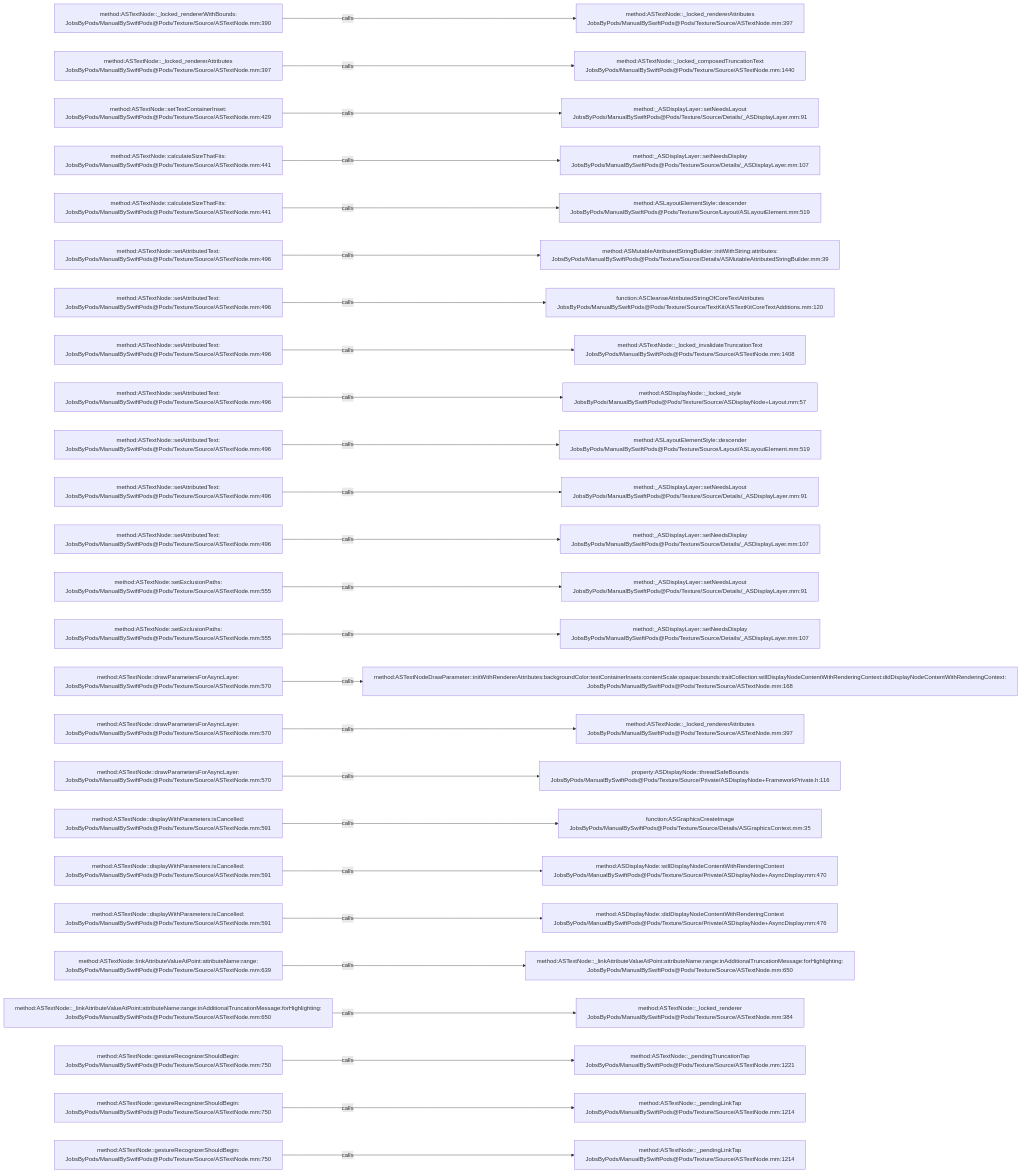
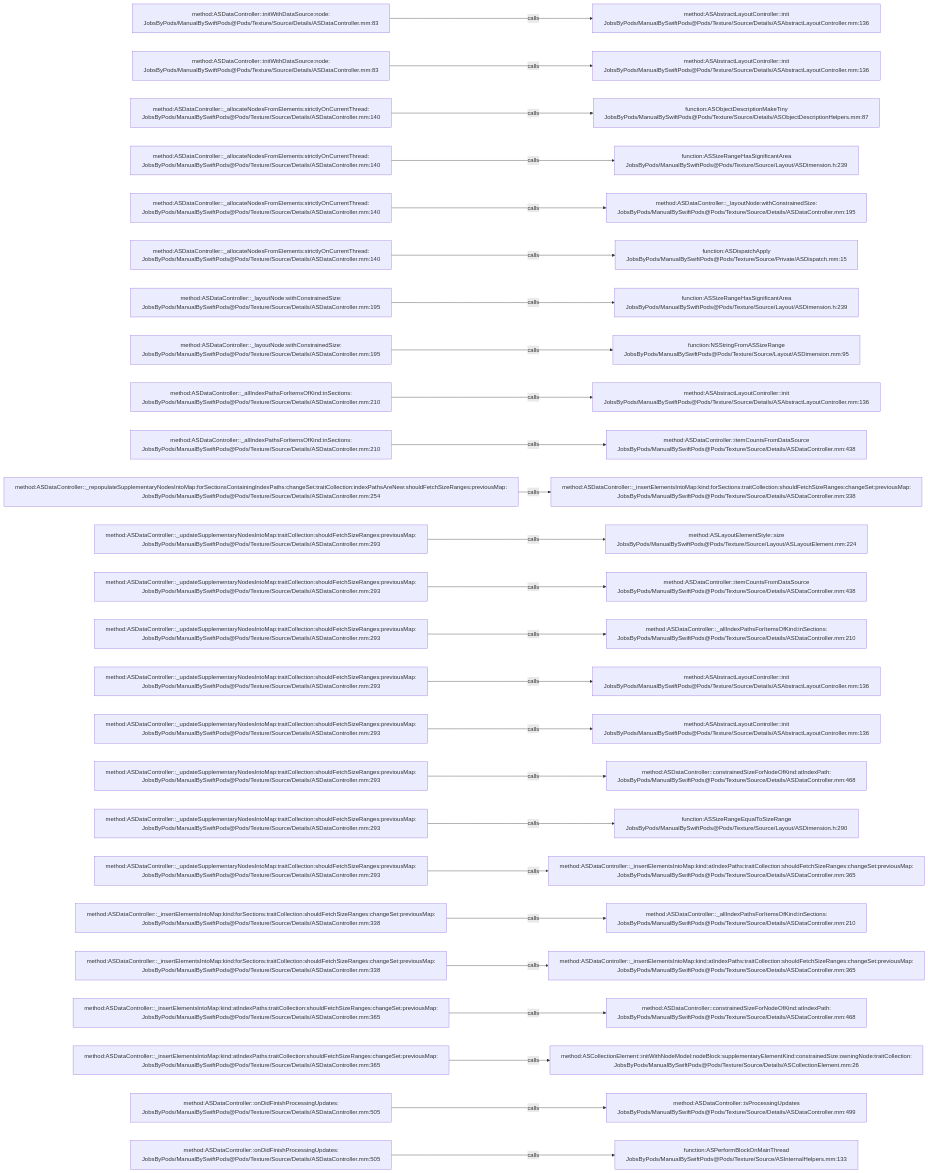
One commit to JobsKits/JobsSwiftBaseConfigDemo changed the diagram in .codegraph/codegraph.md/graphs/calls-085.md. Above: the diagram before and after it, drawn with Mermaid. The commit also changed 832 other files, not shown here.

````diff
--- a/.codegraph/codegraph.md/graphs/calls-085.md
+++ b/.codegraph/codegraph.md/graphs/calls-085.md
@@ -13,78 +13,78 @@
 ```mermaid
 flowchart LR
-  S1["method:ASTextNode::_locked_rendererWithBounds:<br/>JobsByPods/ManualBySwiftPods@Pods/Texture/Source/ASTextNode.mm:390"]
-  T1["method:ASTextNode::_locked_rendererAttributes<br/>JobsByPods/ManualBySwiftPods@Pods/Texture/Source/ASTextNode.mm:397"]
+  S1["method:ASDataController::initWithDataSource:node:<br/>JobsByPods/ManualBySwiftPods@Pods/Texture/Source/Details/ASDataController.mm:83"]
+  T1["method:ASAbstractLayoutController::init<br/>JobsByPods/ManualBySwiftPods@Pods/Texture/Source/Details/ASAbstractLayoutController.mm:136"]
   S1 -->|calls| T1
-  S2["method:ASTextNode::_locked_rendererAttributes<br/>JobsByPods/ManualBySwiftPods@Pods/Texture/Source/ASTextNode.mm:397"]
-  T2["method:ASTextNode::_locked_composedTruncationText<br/>JobsByPods/ManualBySwiftPods@Pods/Texture/Source/ASTextNode.mm:1440"]
+  S2["method:ASDataController::initWithDataSource:node:<br/>JobsByPods/ManualBySwiftPods@Pods/Texture/Source/Details/ASDataController.mm:83"]
+  T2["method:ASAbstractLayoutController::init<br/>JobsByPods/ManualBySwiftPods@Pods/Texture/Source/Details/ASAbstractLayoutController.mm:136"]
   S2 -->|calls| T2
-  S3["method:ASTextNode::setTextContainerInset:<br/>JobsByPods/ManualBySwiftPods@Pods/Texture/Source/ASTextNode.mm:429"]
-  T3["method:_ASDisplayLayer::setNeedsLayout<br/>JobsByPods/ManualBySwiftPods@Pods/Texture/Source/Details/_ASDisplayLayer.mm:91"]
+  S3["method:ASDataController::_allocateNodesFromElements:strictlyOnCurrentThread:<br/>JobsByPods/ManualBySwiftPods@Pods/Texture/Source/Details/ASDataController.mm:140"]
+  T3["function:ASObjectDescriptionMakeTiny<br/>JobsByPods/ManualBySwiftPods@Pods/Texture/Source/Details/ASObjectDescriptionHelpers.mm:87"]
   S3 -->|calls| T3
-  S4["method:ASTextNode::calculateSizeThatFits:<br/>JobsByPods/ManualBySwiftPods@Pods/Texture/Source/ASTextNode.mm:441"]
-  T4["method:_ASDisplayLayer::setNeedsDisplay<br/>JobsByPods/ManualBySwiftPods@Pods/Texture/Source/Details/_ASDisplayLayer.mm:107"]
+  S4["method:ASDataController::_allocateNodesFromElements:strictlyOnCurrentThread:<br/>JobsByPods/ManualBySwiftPods@Pods/Texture/Source/Details/ASDataController.mm:140"]
+  T4["function:ASSizeRangeHasSignificantArea<br/>JobsByPods/ManualBySwiftPods@Pods/Texture/Source/Layout/ASDimension.h:239"]
   S4 -->|calls| T4
-  S5["method:ASTextNode::calculateSizeThatFits:<br/>JobsByPods/ManualBySwiftPods@Pods/Texture/Source/ASTextNode.mm:441"]
-  T5["method:ASLayoutElementStyle::descender<br/>JobsByPods/ManualBySwiftPods@Pods/Texture/Source/Layout/ASLayoutElement.mm:519"]
+  S5["method:ASDataController::_allocateNodesFromElements:strictlyOnCurrentThread:<br/>JobsByPods/ManualBySwiftPods@Pods/Texture/Source/Details/ASDataController.mm:140"]
+  T5["method:ASDataController::_layoutNode:withConstrainedSize:<br/>JobsByPods/ManualBySwiftPods@Pods/Texture/Source/Details/ASDataController.mm:195"]
   S5 -->|calls| T5
-  S6["method:ASTextNode::setAttributedText:<br/>JobsByPods/ManualBySwiftPods@Pods/Texture/Source/ASTextNode.mm:496"]
-  T6["method:ASMutableAttributedStringBuilder::initWithString:attributes:<br/>JobsByPods/ManualBySwiftPods@Pods/Texture/Source/Details/ASMutableAttributedStringBuilder.mm:39"]
+  S6["method:ASDataController::_allocateNodesFromElements:strictlyOnCurrentThread:<br/>JobsByPods/ManualBySwiftPods@Pods/Texture/Source/Details/ASDataController.mm:140"]
+  T6["function:ASDispatchApply<br/>JobsByPods/ManualBySwiftPods@Pods/Texture/Source/Private/ASDispatch.mm:15"]
   S6 -->|calls| T6
-  S7["method:ASTextNode::setAttributedText:<br/>JobsByPods/ManualBySwiftPods@Pods/Texture/Source/ASTextNode.mm:496"]
-  T7["function:ASCleanseAttributedStringOfCoreTextAttributes<br/>JobsByPods/ManualBySwiftPods@Pods/Texture/Source/TextKit/ASTextKitCoreTextAdditions.mm:120"]
+  S7["method:ASDataController::_layoutNode:withConstrainedSize:<br/>JobsByPods/ManualBySwiftPods@Pods/Texture/Source/Details/ASDataController.mm:195"]
+  T7["function:ASSizeRangeHasSignificantArea<br/>JobsByPods/ManualBySwiftPods@Pods/Texture/Source/Layout/ASDimension.h:239"]
   S7 -->|calls| T7
-  S8["method:ASTextNode::setAttributedText:<br/>JobsByPods/ManualBySwiftPods@Pods/Texture/Source/ASTextNode.mm:496"]
-  T8["method:ASTextNode::_locked_invalidateTruncationText<br/>JobsByPods/ManualBySwiftPods@Pods/Texture/Source/ASTextNode.mm:1408"]
+  S8["method:ASDataController::_layoutNode:withConstrainedSize:<br/>JobsByPods/ManualBySwiftPods@Pods/Texture/Source/Details/ASDataController.mm:195"]
+  T8["function:NSStringFromASSizeRange<br/>JobsByPods/ManualBySwiftPods@Pods/Texture/Source/Layout/ASDimension.mm:95"]
   S8 -->|calls| T8
-  S9["method:ASTextNode::setAttributedText:<br/>JobsByPods/ManualBySwiftPods@Pods/Texture/Source/ASTextNode.mm:496"]
-  T9["method:ASDisplayNode::_locked_style<br/>JobsByPods/ManualBySwiftPods@Pods/Texture/Source/ASDisplayNode+Layout.mm:57"]
+  S9["method:ASDataController::_allIndexPathsForItemsOfKind:inSections:<br/>JobsByPods/ManualBySwiftPods@Pods/Texture/Source/Details/ASDataController.mm:210"]
+  T9["method:ASAbstractLayoutController::init<br/>JobsByPods/ManualBySwiftPods@Pods/Texture/Source/Details/ASAbstractLayoutController.mm:136"]
   S9 -->|calls| T9
-  S10["method:ASTextNode::setAttributedText:<br/>JobsByPods/ManualBySwiftPods@Pods/Texture/Source/ASTextNode.mm:496"]
-  T10["method:ASLayoutElementStyle::descender<br/>JobsByPods/ManualBySwiftPods@Pods/Texture/Source/Layout/ASLayoutElement.mm:519"]
+  S10["method:ASDataController::_allIndexPathsForItemsOfKind:inSections:<br/>JobsByPods/ManualBySwiftPods@Pods/Texture/Source/Details/ASDataController.mm:210"]
+  T10["method:ASDataController::itemCountsFromDataSource<br/>JobsByPods/ManualBySwiftPods@Pods/Texture/Source/Details/ASDataController.mm:438"]
   S10 -->|calls| T10
-  S11["method:ASTextNode::setAttributedText:<br/>JobsByPods/ManualBySwiftPods@Pods/Texture/Source/ASTextNode.mm:496"]
-  T11["method:_ASDisplayLayer::setNeedsLayout<br/>JobsByPods/ManualBySwiftPods@Pods/Texture/Source/Details/_ASDisplayLayer.mm:91"]
+  S11["method:ASDataController::_repopulateSupplementaryNodesIntoMap:forSectionsContainingIndexPaths:changeSet:traitCollection:indexPathsAreNew:shouldFetchSizeRanges:previousMap:<br/>JobsByPods/ManualBySwiftPods@Pods/Texture/Source/Details/ASDataController.mm:254"]
+  T11["method:ASDataController::_insertElementsIntoMap:kind:forSections:traitCollection:shouldFetchSizeRanges:changeSet:previousMap:<br/>JobsByPods/ManualBySwiftPods@Pods/Texture/Source/Details/ASDataController.mm:338"]
   S11 -->|calls| T11
-  S12["method:ASTextNode::setAttributedText:<br/>JobsByPods/ManualBySwiftPods@Pods/Texture/Source/ASTextNode.mm:496"]
-  T12["method:_ASDisplayLayer::setNeedsDisplay<br/>JobsByPods/ManualBySwiftPods@Pods/Texture/Source/Details/_ASDisplayLayer.mm:107"]
+  S12["method:ASDataController::_updateSupplementaryNodesIntoMap:traitCollection:shouldFetchSizeRanges:previousMap:<br/>JobsByPods/ManualBySwiftPods@Pods/Texture/Source/Details/ASDataController.mm:293"]
+  T12["method:ASLayoutElementStyle::size<br/>JobsByPods/ManualBySwiftPods@Pods/Texture/Source/Layout/ASLayoutElement.mm:224"]
   S12 -->|calls| T12
-  S13["method:ASTextNode::setExclusionPaths:<br/>JobsByPods/ManualBySwiftPods@Pods/Texture/Source/ASTextNode.mm:555"]
-  T13["method:_ASDisplayLayer::setNeedsLayout<br/>JobsByPods/ManualBySwiftPods@Pods/Texture/Source/Details/_ASDisplayLayer.mm:91"]
+  S13["method:ASDataController::_updateSupplementaryNodesIntoMap:traitCollection:shouldFetchSizeRanges:previousMap:<br/>JobsByPods/ManualBySwiftPods@Pods/Texture/Source/Details/ASDataController.mm:293"]
+  T13["method:ASDataController::itemCountsFromDataSource<br/>JobsByPods/ManualBySwiftPods@Pods/Texture/Source/Details/ASDataController.mm:438"]
   S13 -->|calls| T13
-  S14["method:ASTextNode::setExclusionPaths:<br/>JobsByPods/ManualBySwiftPods@Pods/Texture/Source/ASTextNode.mm:555"]
-  T14["method:_ASDisplayLayer::setNeedsDisplay<br/>JobsByPods/ManualBySwiftPods@Pods/Texture/Source/Details/_ASDisplayLayer.mm:107"]
+  S14["method:ASDataController::_updateSupplementaryNodesIntoMap:traitCollection:shouldFetchSizeRanges:previousMap:<br/>JobsByPods/ManualBySwiftPods@Pods/Texture/Source/Details/ASDataController.mm:293"]
+  T14["method:ASDataController::_allIndexPathsForItemsOfKind:inSections:<br/>JobsByPods/ManualBySwiftPods@Pods/Texture/Source/Details/ASDataController.mm:210"]
   S14 -->|calls| T14
-  S15["method:ASTextNode::drawParametersForAsyncLayer:<br/>JobsByPods/ManualBySwiftPods@Pods/Texture/Source/ASTextNode.mm:570"]
-  T15["method:ASTextNodeDrawParameter::initWithRendererAttributes:backgroundColor:textContainerInsets:contentScale:opaque:bounds:traitCollection:willDisplayNodeContentWithRenderingContext:didDisplayNodeContentWithRenderingContext:<br/>JobsByPods/ManualBySwiftPods@Pods/Texture/Source/ASTextNode.mm:168"]
+  S15["method:ASDataController::_updateSupplementaryNodesIntoMap:traitCollection:shouldFetchSizeRanges:previousMap:<br/>JobsByPods/ManualBySwiftPods@Pods/Texture/Source/Details/ASDataController.mm:293"]
+  T15["method:ASAbstractLayoutController::init<br/>JobsByPods/ManualBySwiftPods@Pods/Texture/Source/Details/ASAbstractLayoutController.mm:136"]
   S15 -->|calls| T15
-  S16["method:ASTextNode::drawParametersForAsyncLayer:<br/>JobsByPods/ManualBySwiftPods@Pods/Texture/Source/ASTextNode.mm:570"]
-  T16["method:ASTextNode::_locked_rendererAttributes<br/>JobsByPods/ManualBySwiftPods@Pods/Texture/Source/ASTextNode.mm:397"]
+  S16["method:ASDataController::_updateSupplementaryNodesIntoMap:traitCollection:shouldFetchSizeRanges:previousMap:<br/>JobsByPods/ManualBySwiftPods@Pods/Texture/Source/Details/ASDataController.mm:293"]
+  T16["method:ASAbstractLayoutController::init<br/>JobsByPods/ManualBySwiftPods@Pods/Texture/Source/Details/ASAbstractLayoutController.mm:136"]
   S16 -->|calls| T16
-  S17["method:ASTextNode::drawParametersForAsyncLayer:<br/>JobsByPods/ManualBySwiftPods@Pods/Texture/Source/ASTextNode.mm:570"]
-  T17["property:ASDisplayNode::threadSafeBounds<br/>JobsByPods/ManualBySwiftPods@Pods/Texture/Source/Private/ASDisplayNode+FrameworkPrivate.h:116"]
+  S17["method:ASDataController::_updateSupplementaryNodesIntoMap:traitCollection:shouldFetchSizeRanges:previousMap:<br/>JobsByPods/ManualBySwiftPods@Pods/Texture/Source/Details/ASDataController.mm:293"]
+  T17["method:ASDataController::constrainedSizeForNodeOfKind:atIndexPath:<br/>JobsByPods/ManualBySwiftPods@Pods/Texture/Source/Details/ASDataController.mm:468"]
   S17 -->|calls| T17
-  S18["method:ASTextNode::displayWithParameters:isCancelled:<br/>JobsByPods/ManualBySwiftPods@Pods/Texture/Source/ASTextNode.mm:591"]
-  T18["function:ASGraphicsCreateImage<br/>JobsByPods/ManualBySwiftPods@Pods/Texture/Source/Details/ASGraphicsContext.mm:35"]
+  S18["method:ASDataController::_updateSupplementaryNodesIntoMap:traitCollection:shouldFetchSizeRanges:previousMap:<br/>JobsByPods/ManualBySwiftPods@Pods/Texture/Source/Details/ASDataController.mm:293"]
+  T18["function:ASSizeRangeEqualToSizeRange<br/>JobsByPods/ManualBySwiftPods@Pods/Texture/Source/Layout/ASDimension.h:290"]
   S18 -->|calls| T18
-  S19["method:ASTextNode::displayWithParameters:isCancelled:<br/>JobsByPods/ManualBySwiftPods@Pods/Texture/Source/ASTextNode.mm:591"]
-  T19["method:ASDisplayNode::willDisplayNodeContentWithRenderingContext<br/>JobsByPods/ManualBySwiftPods@Pods/Texture/Source/Private/ASDisplayNode+AsyncDisplay.mm:470"]
+  S19["method:ASDataController::_updateSupplementaryNodesIntoMap:traitCollection:shouldFetchSizeRanges:previousMap:<br/>JobsByPods/ManualBySwiftPods@Pods/Texture/Source/Details/ASDataController.mm:293"]
+  T19["method:ASDataController::_insertElementsIntoMap:kind:atIndexPaths:traitCollection:shouldFetchSizeRanges:changeSet:previousMap:<br/>JobsByPods/ManualBySwiftPods@Pods/Texture/Source/Details/ASDataController.mm:365"]
   S19 -->|calls| T19
-  S20["method:ASTextNode::displayWithParameters:isCancelled:<br/>JobsByPods/ManualBySwiftPods@Pods/Texture/Source/ASTextNode.mm:591"]
-  T20["method:ASDisplayNode::didDisplayNodeContentWithRenderingContext<br/>JobsByPods/ManualBySwiftPods@Pods/Texture/Source/Private/ASDisplayNode+AsyncDisplay.mm:476"]
+  S20["method:ASDataController::_insertElementsIntoMap:kind:forSections:traitCollection:shouldFetchSizeRanges:changeSet:previousMap:<br/>JobsByPods/ManualBySwiftPods@Pods/Texture/Source/Details/ASDataController.mm:338"]
+  T20["method:ASDataController::_allIndexPathsForItemsOfKind:inSections:<br/>JobsByPods/ManualBySwiftPods@Pods/Texture/Source/Details/ASDataController.mm:210"]
   S20 -->|calls| T20
-  S21["method:ASTextNode::linkAttributeValueAtPoint:attributeName:range:<br/>JobsByPods/ManualBySwiftPods@Pods/Texture/Source/ASTextNode.mm:639"]
-  T21["method:ASTextNode::_linkAttributeValueAtPoint:attributeName:range:inAdditionalTruncationMessage:forHighlighting:<br/>JobsByPods/ManualBySwiftPods@Pods/Texture/Source/ASTextNode.mm:650"]
+  S21["method:ASDataController::_insertElementsIntoMap:kind:forSections:traitCollection:shouldFetchSizeRanges:changeSet:previousMap:<br/>JobsByPods/ManualBySwiftPods@Pods/Texture/Source/Details/ASDataController.mm:338"]
+  T21["method:ASDataController::_insertElementsIntoMap:kind:atIndexPaths:traitCollection:shouldFetchSizeRanges:changeSet:previousMap:<br/>JobsByPods/ManualBySwiftPods@Pods/Texture/Source/Details/ASDataController.mm:365"]
   S21 -->|calls| T21
-  S22["method:ASTextNode::_linkAttributeValueAtPoint:attributeName:range:inAdditionalTruncationMessage:forHighlighting:<br/>JobsByPods/ManualBySwiftPods@Pods/Texture/Source/ASTextNode.mm:650"]
-  T22["method:ASTextNode::_locked_renderer<br/>JobsByPods/ManualBySwiftPods@Pods/Texture/Source/ASTextNode.mm:384"]
+  S22["method:ASDataController::_insertElementsIntoMap:kind:atIndexPaths:traitCollection:shouldFetchSizeRanges:changeSet:previousMap:<br/>JobsByPods/ManualBySwiftPods@Pods/Texture/Source/Details/ASDataController.mm:365"]
+  T22["method:ASDataController::constrainedSizeForNodeOfKind:atIndexPath:<br/>JobsByPods/ManualBySwiftPods@Pods/Texture/Source/Details/ASDataController.mm:468"]
   S22 -->|calls| T22
-  S23["method:ASTextNode::gestureRecognizerShouldBegin:<br/>JobsByPods/ManualBySwiftPods@Pods/Texture/Source/ASTextNode.mm:750"]
-  T23["method:ASTextNode::_pendingTruncationTap<br/>JobsByPods/ManualBySwiftPods@Pods/Texture/Source/ASTextNode.mm:1221"]
+  S23["method:ASDataController::_insertElementsIntoMap:kind:atIndexPaths:traitCollection:shouldFetchSizeRanges:changeSet:previousMap:<br/>JobsByPods/ManualBySwiftPods@Pods/Texture/Source/Details/ASDataController.mm:365"]
+  T23["method:ASCollectionElement::initWithNodeModel:nodeBlock:supplementaryElementKind:constrainedSize:owningNode:traitCollection:<br/>JobsByPods/ManualBySwiftPods@Pods/Texture/Source/Details/ASCollectionElement.mm:26"]
   S23 -->|calls| T23
-  S24["method:ASTextNode::gestureRecognizerShouldBegin:<br/>JobsByPods/ManualBySwiftPods@Pods/Texture/Source/ASTextNode.mm:750"]
-  T24["method:ASTextNode::_pendingLinkTap<br/>JobsByPods/ManualBySwiftPods@Pods/Texture/Source/ASTextNode.mm:1214"]
+  S24["method:ASDataController::onDidFinishProcessingUpdates:<br/>JobsByPods/ManualBySwiftPods@Pods/Texture/Source/Details/ASDataController.mm:505"]
+  T24["method:ASDataController::isProcessingUpdates<br/>JobsByPods/ManualBySwiftPods@Pods/Texture/Source/Details/ASDataController.mm:499"]
   S24 -->|calls| T24
-  S25["method:ASTextNode::gestureRecognizerShouldBegin:<br/>JobsByPods/ManualBySwiftPods@Pods/Texture/Source/ASTextNode.mm:750"]
-  T25["method:ASTextNode::_pendingLinkTap<br/>JobsByPods/ManualBySwiftPods@Pods/Texture/Source/ASTextNode.mm:1214"]
+  S25["method:ASDataController::onDidFinishProcessingUpdates:<br/>JobsByPods/ManualBySwiftPods@Pods/Texture/Source/Details/ASDataController.mm:505"]
+  T25["function:ASPerformBlockOnMainThread<br/>JobsByPods/ManualBySwiftPods@Pods/Texture/Source/ASInternalHelpers.mm:133"]
   S25 -->|calls| T25
 ```
````
